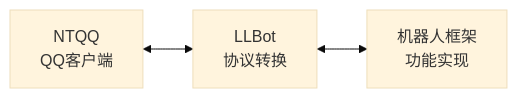
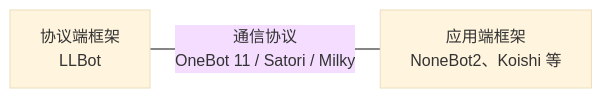
Before and after one commit to ATTomatoo/LuckyLilliaDoc: the diagram in content/docs/index.md, drawn with Mermaid (base theme). The commit also changed other lines of this file and 4 other files, not shown here.

````diff
--- a/content/docs/index.md
+++ b/content/docs/index.md
@@ -9,5 +13,4 @@
 ```mermaid
 flowchart LR
-    A[NTQQ<br/>QQ客户端] <--> B[LLBot<br/>协议转换]
-    B <--> C[机器人框架<br/>功能实现]
+    A[协议端框架<br/>LLBot] -- 通信协议<br/>OneBot 11 / Satori / Milky --- B[应用端框架<br/>NoneBot2、Koishi 等]
 ```
````
